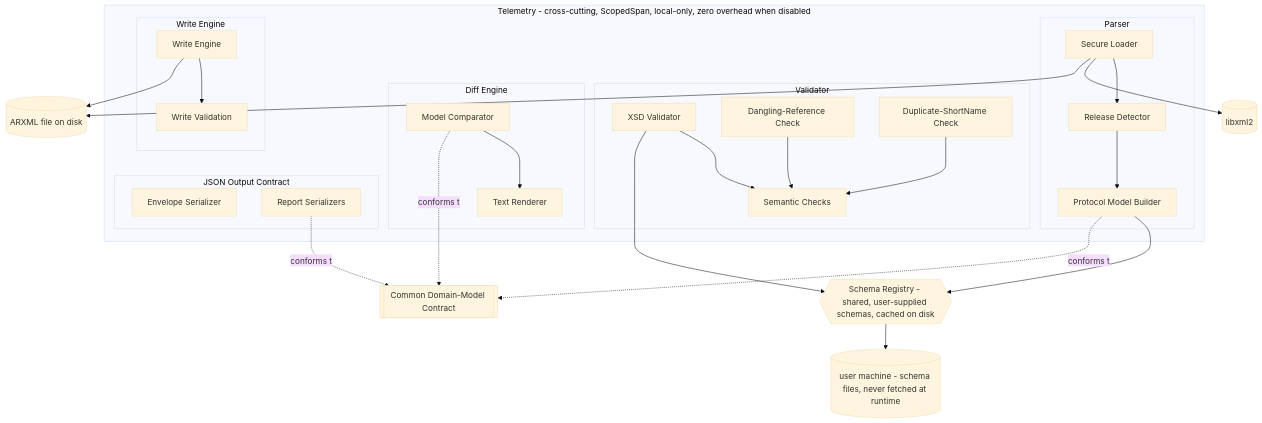
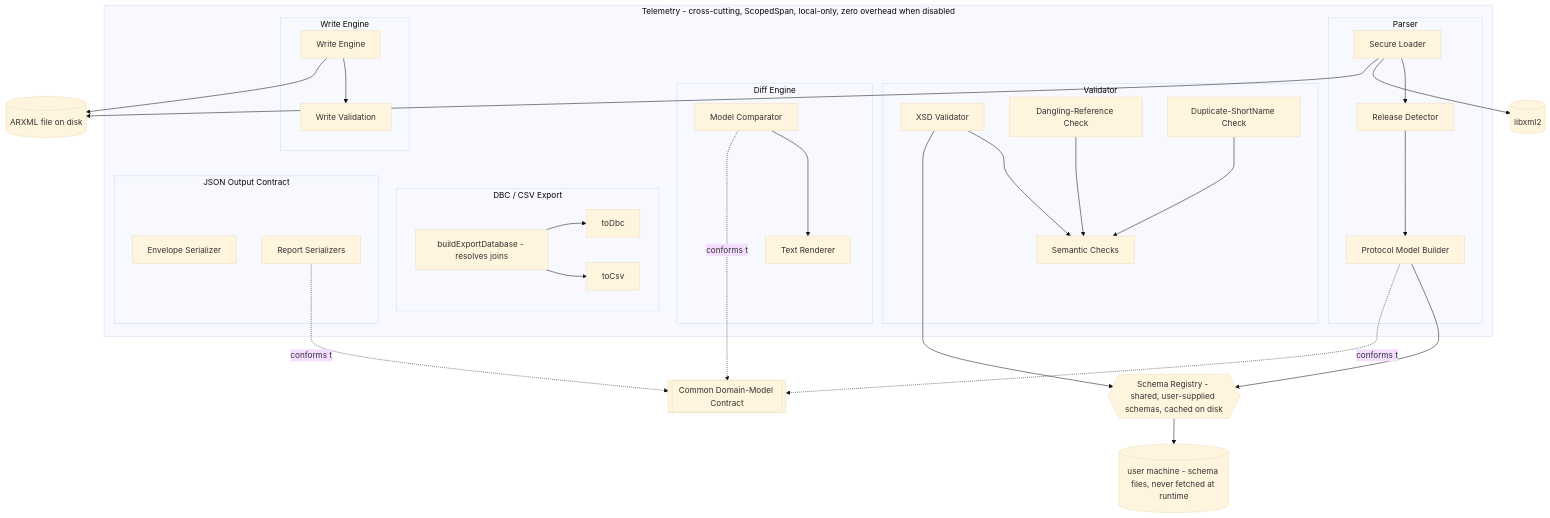
The second of 4 diagrams in docs/hld.md (sureandhar-a/ParseX), drawn with Mermaid (base theme) before and after one commit. The commit also changed other lines of this file and 7 other files, not shown here.

Commit message:
Document DBC/CSV export in README, CHANGELOG, CLI, MCP and design docs

````diff
--- a/docs/hld.md
+++ b/docs/hld.md
@@ -46,46 +47,51 @@
 ```mermaid
 graph TD
     subgraph Telemetry[Telemetry - cross-cutting, ScopedSpan, local-only, zero overhead when disabled]
         subgraph Parser
             PLoader[Secure Loader] --> PRelease[Release Detector]
             PRelease --> PBuilder[Protocol Model Builder]
         end
 
         subgraph Validator
             VXsd[XSD Validator] --> VRules[Semantic Checks]
             VDangling[Dangling-Reference Check] --> VRules
             VDup[Duplicate-ShortName Check] --> VRules
         end
 
         subgraph DiffEngine[Diff Engine]
             DComp[Model Comparator] --> DRender[Text Renderer]
         end
 
         subgraph WriteEngine[Write Engine]
             WEngine[Write Engine] --> WValidate[Write Validation]
+        end
+
+        subgraph ExportBlock[DBC / CSV Export]
+            XResolve[buildExportDatabase - resolves joins] --> XDbc[toDbc]
+            XResolve --> XCsv[toCsv]
         end
 
         subgraph JSONContract[JSON Output Contract]
             JEnv[Envelope Serializer]
             JDomain[Report Serializers]
         end
     end
 
     SchemaRegistry{{Schema Registry - shared, user-supplied schemas, cached on disk}}
     PBuilder --> SchemaRegistry
     VXsd --> SchemaRegistry
 
     Contract[[Common Domain-Model Contract]]
     PBuilder -.conforms to.-> Contract
     DComp -.conforms to.-> Contract
     JDomain -.conforms to.-> Contract
 
     Lib[(libxml2)]
     ARXML[(ARXML file on disk)]
     Schemas[(user machine - schema files, never fetched at runtime)]
 
     PLoader --> Lib
     PLoader --> ARXML
     WEngine --> ARXML
     SchemaRegistry --> Schemas
 ```
````
